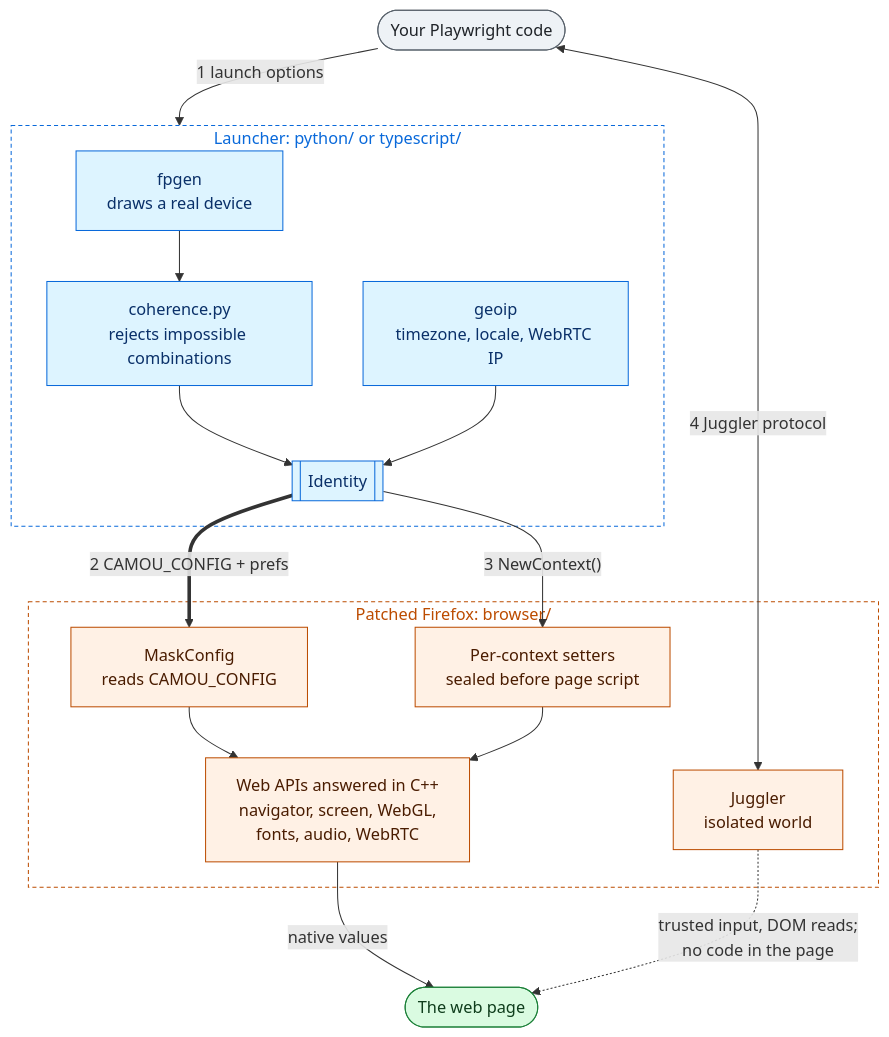
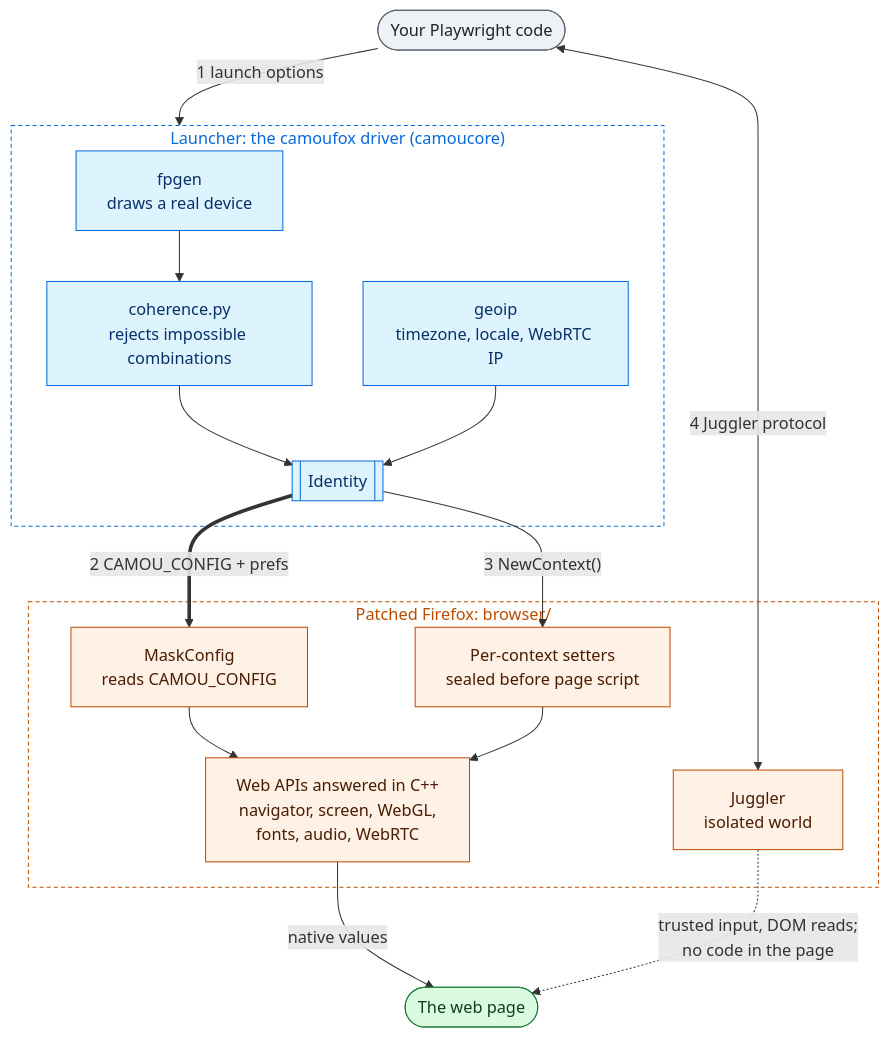
The first of 3 diagrams in README.md (daijro/camoufox), drawn with Mermaid before and after one commit. The commit also changed other lines of this file and 320 other files, not shown here.

First line of the commit message:
Move the Python and TypeScript launchers to camoucore; release camoufox as a wrapper over it (#1149)

````diff
--- a/README.md
+++ b/README.md
@@ -375,36 +387,36 @@
 ```mermaid
 flowchart TB
     YOU(["Your Playwright code"])
 
-    subgraph L["Launcher: python/ or typescript/"]
+    subgraph L["Launcher: the camoufox driver (camoucore)"]
         FP["fpgen<br/>draws a real device"] --> CO["coherence.py<br/>rejects impossible combinations"]
         CO --> ID[["Identity"]]
         GEO["geoip<br/>timezone, locale, WebRTC IP"] --> ID
     end
 
     subgraph B["Patched Firefox: browser/"]
         MC["MaskConfig<br/>reads CAMOU_CONFIG"] --> API["Web APIs answered in C++<br/>navigator, screen, WebGL,<br/>fonts, audio, WebRTC"]
         SET["Per-context setters<br/>sealed before page script"] --> API
         JG["Juggler<br/>isolated world"]
     end
 
     PAGE(["The web page"])
 
     YOU -- "1 launch options" --> L
     ID == "2 CAMOU_CONFIG + prefs" ==> MC
     ID -- "3 NewContext()" --> SET
     YOU <-- "4 Juggler protocol" --> JG
     API -- "native values" --> PAGE
     JG -. "trusted input, DOM reads;<br/>no code in the page" .-> PAGE
 
     classDef you fill:#eef2f6,stroke:#57606a,color:#1f2328
     classDef launcher fill:#ddf4ff,stroke:#0969da,color:#0a3069
     classDef browser fill:#fff1e5,stroke:#bc4c00,color:#4a1c00
     classDef page fill:#dafbe1,stroke:#1a7f37,color:#0f3d1c
     class YOU you
     class FP,CO,ID,GEO launcher
     class MC,API,SET,JG browser
     class PAGE page
     style L fill:none,stroke:#0969da,stroke-dasharray:4 3,color:#0969da
     style B fill:none,stroke:#bc4c00,stroke-dasharray:4 3,color:#bc4c00
 ```
````
